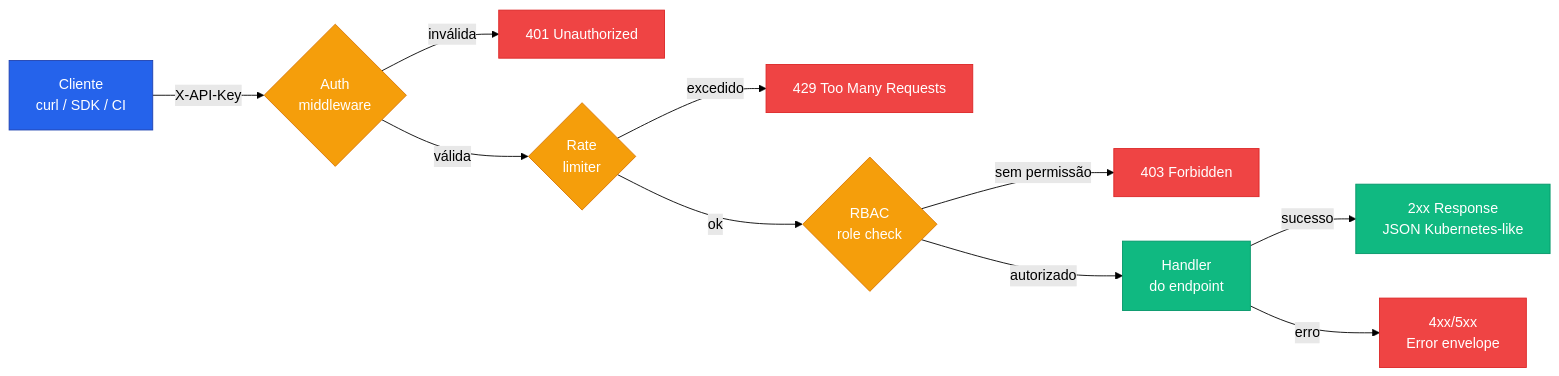
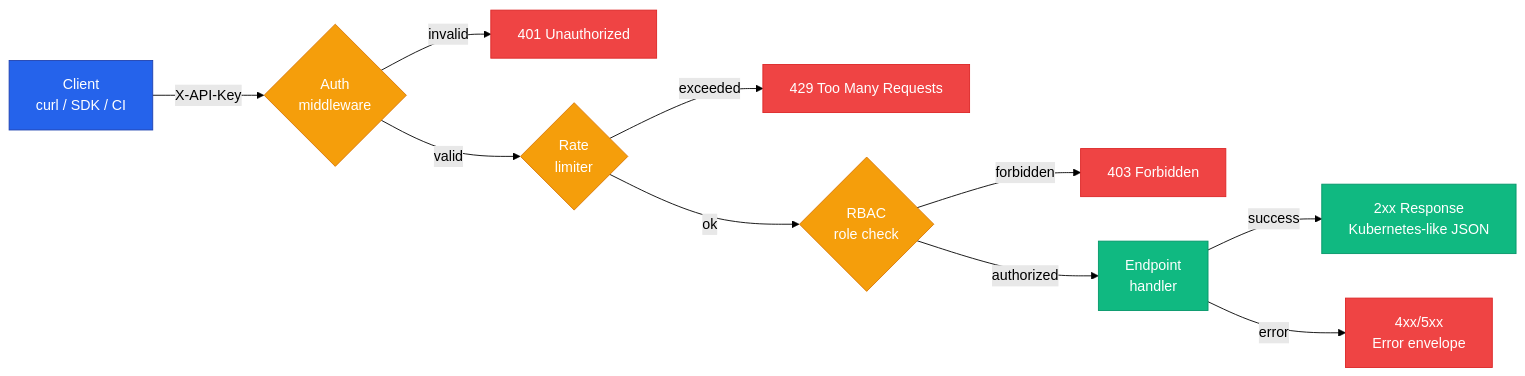
One commit to diillson/chatcli.ai changed the diagram in reference/api/overview.mdx. Above: the diagram before and after it, drawn with Mermaid (forest theme). The commit also changed other lines of this file and 500 other files, not shown here.

````diff
--- a/reference/api/overview.mdx
+++ b/reference/api/overview.mdx
@@ -47,22 +47,22 @@
 ```mermaid
 flowchart LR
-  Client[Cliente<br/>curl / SDK / CI] -->|X-API-Key| Auth{Auth<br/>middleware}
-  Auth -->|inválida| E401[401 Unauthorized]
-  Auth -->|válida| Rate{Rate<br/>limiter}
-  Rate -->|excedido| E429[429 Too Many Requests]
+  Client[Client<br/>curl / SDK / CI] -->|X-API-Key| Auth{Auth<br/>middleware}
+  Auth -->|invalid| E401[401 Unauthorized]
+  Auth -->|valid| Rate{Rate<br/>limiter}
+  Rate -->|exceeded| E429[429 Too Many Requests]
   Rate -->|ok| RBAC{RBAC<br/>role check}
-  RBAC -->|sem permissão| E403[403 Forbidden]
-  RBAC -->|autorizado| Handler[Handler<br/>do endpoint]
-  Handler -->|sucesso| Resp[2xx Response<br/>JSON Kubernetes-like]
-  Handler -->|erro| Err[4xx/5xx<br/>Error envelope]
+  RBAC -->|forbidden| E403[403 Forbidden]
+  RBAC -->|authorized| Handler[Endpoint<br/>handler]
+  Handler -->|success| Resp[2xx Response<br/>Kubernetes-like JSON]
+  Handler -->|error| Err[4xx/5xx<br/>Error envelope]
 
   classDef ok fill:#10B981,stroke:#059669,color:#fff
   classDef err fill:#EF4444,stroke:#DC2626,color:#fff
   classDef gate fill:#F59E0B,stroke:#D97706,color:#fff
   classDef client fill:#2563EB,stroke:#1E40AF,color:#fff
 
   class Client client
   class Auth,Rate,RBAC gate
   class Resp,Handler ok
   class E401,E429,E403,Err err
 ```
````
